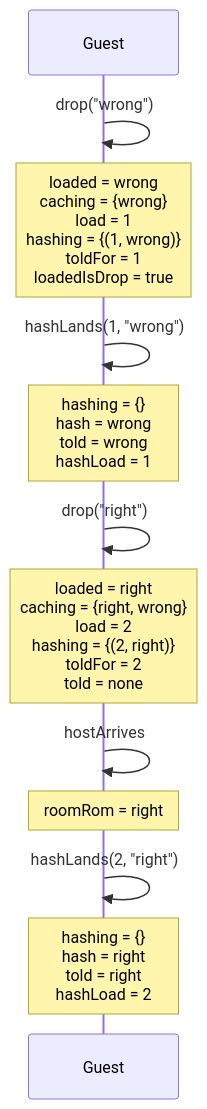
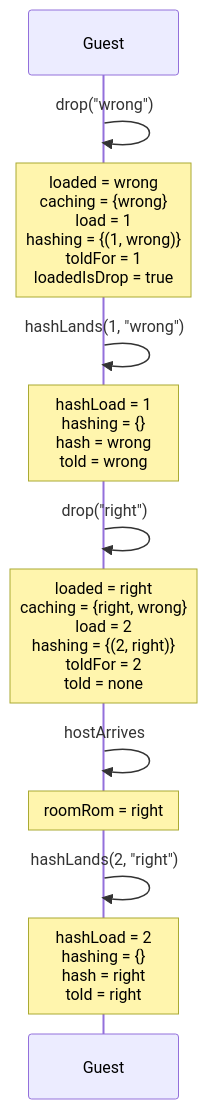
Before and after one commit to kwilson21/kaillera-next: diagram 20 of 27 in docs/spec-traces.md, drawn with Mermaid. The commit also changed other lines of this file, not shown here.

````diff
--- a/docs/spec-traces.md
+++ b/docs/spec-traces.md
@@ -570,14 +570,14 @@
 ```mermaid
 sequenceDiagram
   participant Guest
   Guest->>Guest: drop("wrong")
   Note over Guest: loaded = wrong<br/>caching = {wrong}<br/>load = 1<br/>hashing = {(1, wrong)}<br/>toldFor = 1<br/>loadedIsDrop = true
   Guest->>Guest: hashLands(1, "wrong")
-  Note over Guest: hashing = {}<br/>hash = wrong<br/>told = wrong<br/>hashLoad = 1
+  Note over Guest: hashLoad = 1<br/>hashing = {}<br/>hash = wrong<br/>told = wrong
   Guest->>Guest: drop("right")
   Note over Guest: loaded = right<br/>caching = {right, wrong}<br/>load = 2<br/>hashing = {(2, right)}<br/>toldFor = 2<br/>told = none
   Guest->>Guest: hostArrives
   Note over Guest: roomRom = right
   Guest->>Guest: hashLands(2, "right")
-  Note over Guest: hashing = {}<br/>hash = right<br/>told = right<br/>hashLoad = 2
+  Note over Guest: hashLoad = 2<br/>hashing = {}<br/>hash = right<br/>told = right
 ```
````
